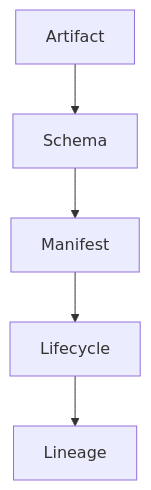
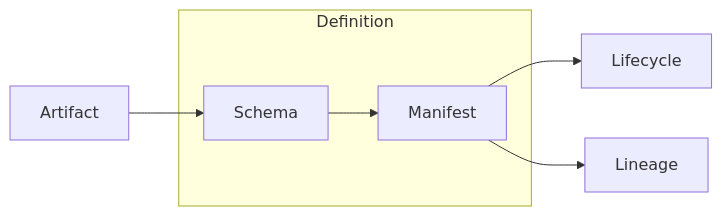
Before and after one commit to justyn-clark/small-protocol: the diagram in apps/web/app/modules/docs/content/primitives/v1.mdx, drawn with Mermaid. The commit also changed 21 other files, not shown here.

````diff
--- a/apps/web/app/modules/docs/content/primitives/v1.mdx
+++ b/apps/web/app/modules/docs/content/primitives/v1.mdx
@@ -146,7 +144,10 @@
 ```mermaid
-flowchart TD
-  A[Artifact] --> B[Schema]
-  B --> C[Manifest]
+flowchart LR
+  subgraph Definition
+    B[Schema] --> C[Manifest]
+  end
+
+  A[Artifact] --> B
   C --> D[Lifecycle]
-  D --> E[Lineage]
+  C --> E[Lineage]
 ```
````
